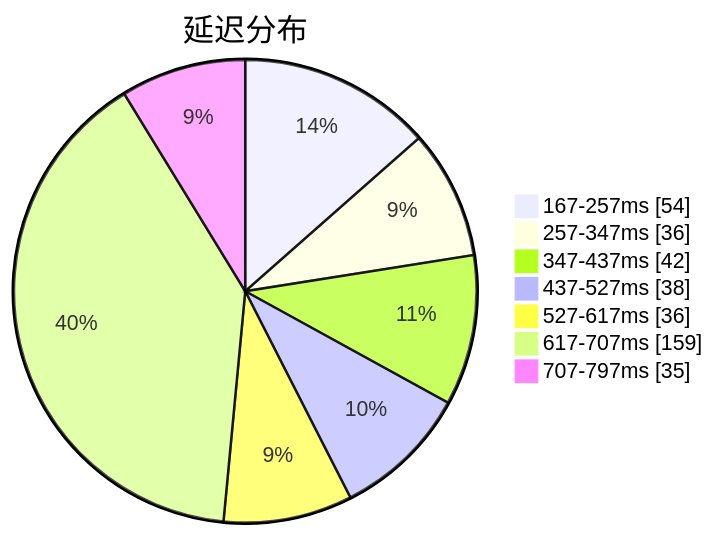
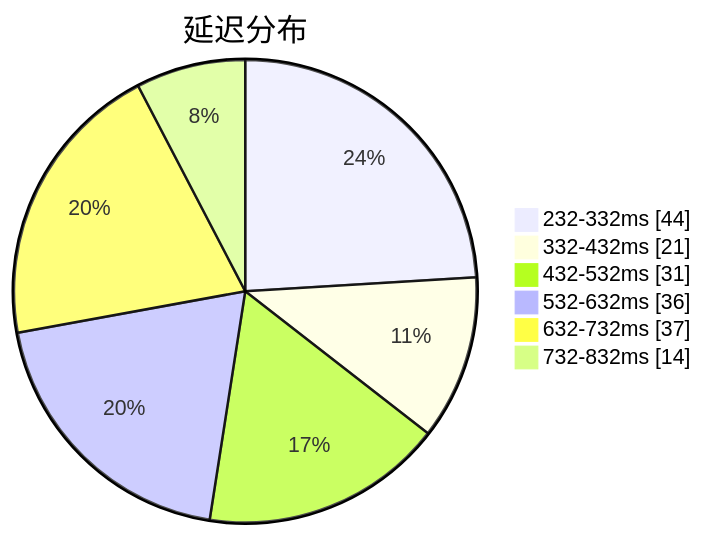
The first of 3 diagrams in subs/statistics/tested_within.md (qjlxg/airport), drawn with Mermaid before and after one commit. The commit also changed other lines of this file and 2 other files, not shown here.

````diff
--- a/subs/statistics/tested_within.md
+++ b/subs/statistics/tested_within.md
@@ -2,11 +2,10 @@
 ```mermaid
 pie showData
 title 延迟分布
-"167-257ms" : 54
-"257-347ms" : 36
-"347-437ms" : 42
-"437-527ms" : 38
-"527-617ms" : 36
-"617-707ms" : 159
-"707-797ms" : 35
+"232-332ms" : 44
+"332-432ms" : 21
+"432-532ms" : 31
+"532-632ms" : 36
+"632-732ms" : 37
+"732-832ms" : 14
 ```
````
